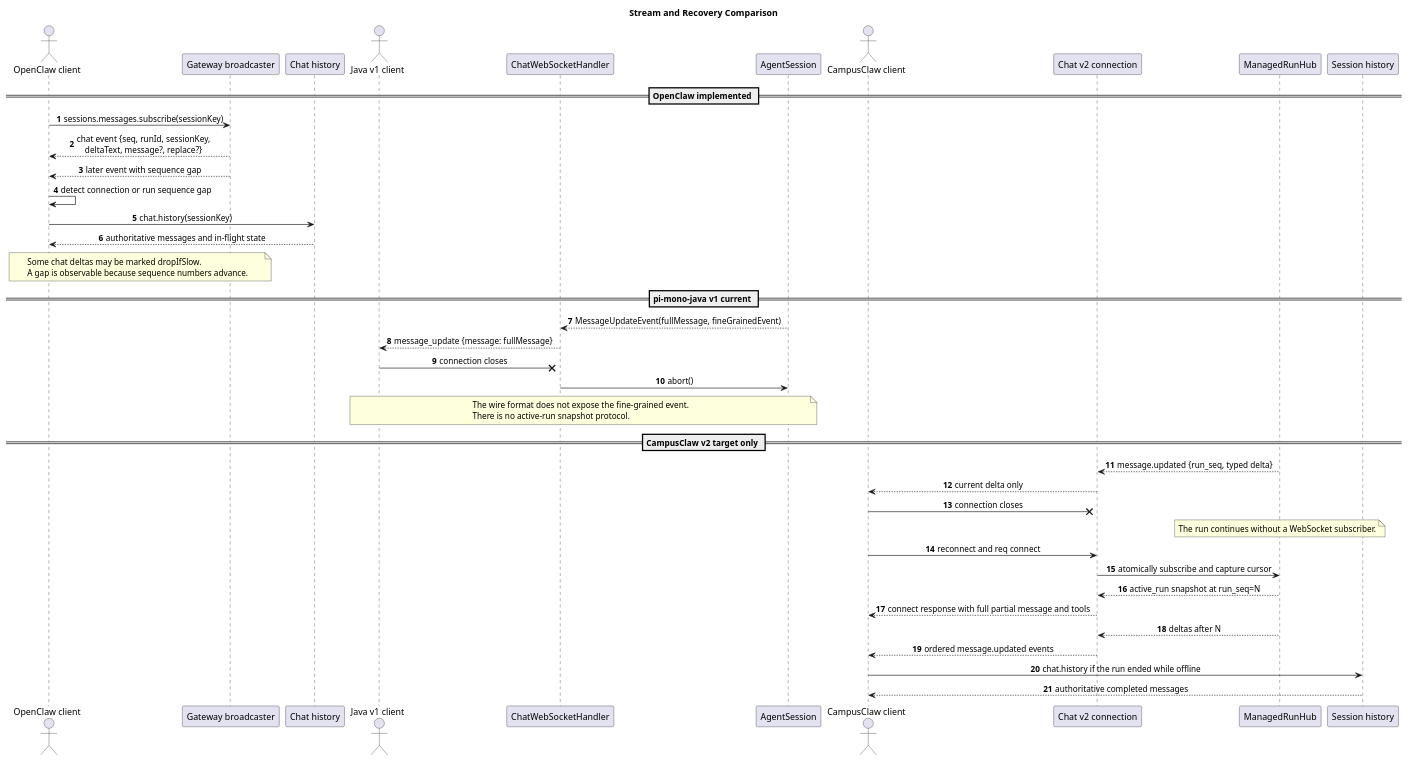
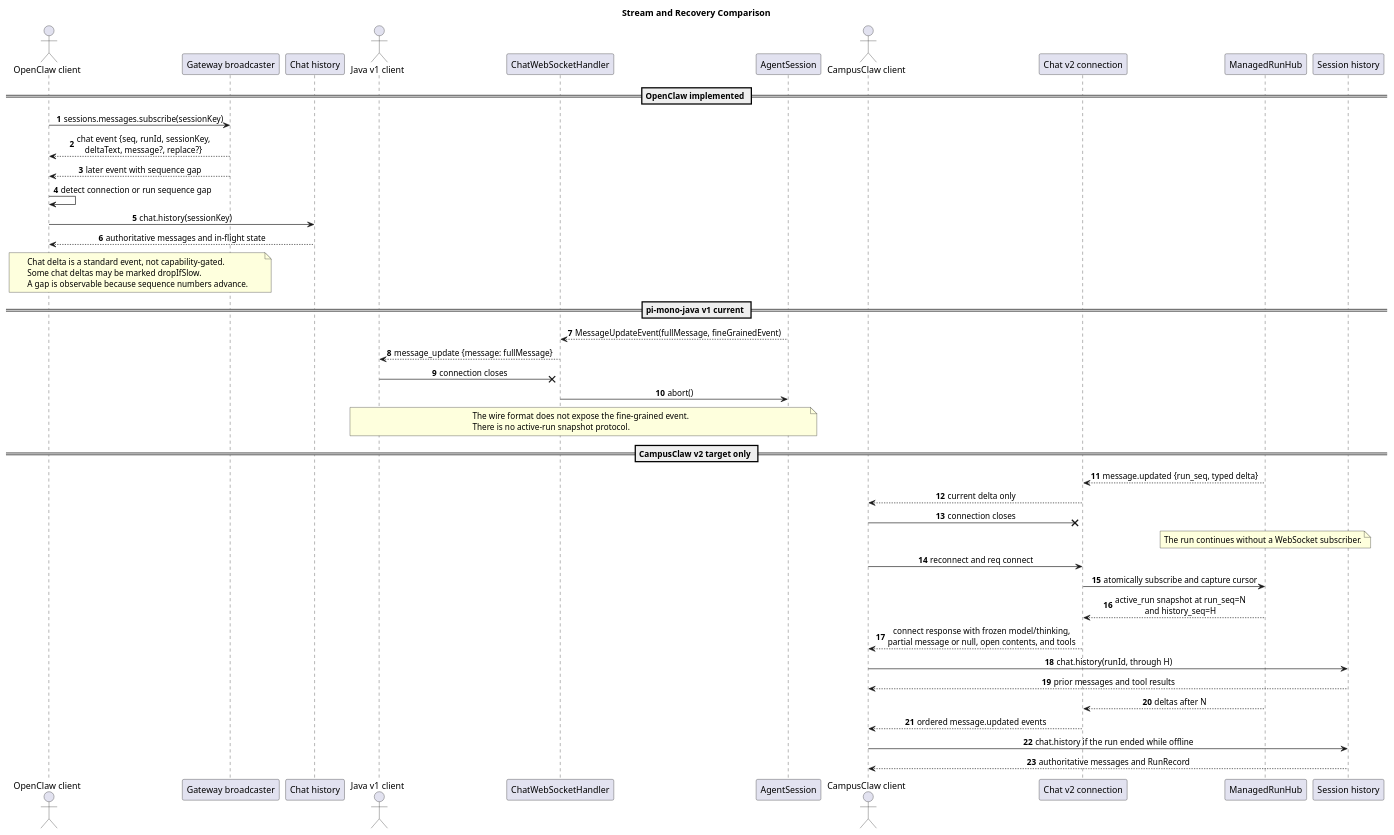
One commit to superheromeZzh/pi-mono-java-design changed the third of 4 diagrams in openclaw-campusclaw-websocket-comparison/diagram.puml. Above: the diagram before and after it, drawn with PlantUML. The commit also changed other lines of this file and 14 other files, not shown here.

```diff
--- a/openclaw-campusclaw-websocket-comparison/diagram.puml
+++ b/openclaw-campusclaw-websocket-comparison/diagram.puml
@@ -169,72 +174,75 @@
 @startuml websocket_stream_recovery_comparison
 title Stream and Recovery Comparison
 
 ' OpenClaw baseline: b015925bc30f6a8363f290b07d5f8588e21422b8, Gateway Protocol v4
 ' Source: src/gateway/server-chat.ts (resolveBroadcastDelta, emitChatDelta)
 ' Source: src/gateway/server-broadcast.ts (createGatewayBroadcaster, per-client seq, slow consumers)
 ' Source: docs/gateway/protocol.md (sessions.messages.subscribe)
 ' Source: docs/gateway/clients.md (re-subscribe, chat.history, inFlightRun)
 ' pi-mono-java baseline: 1f7a5423219edfa4519d8719f1cc8a188ed72873
 ' Source: modules/coding-agent-cli/src/main/java/com/campusclaw/codingagent/mode/server/ChatWebSocketHandler.java (mapEventToJson, close handling)
 ' Target source: pi-mono-java-manager-driven-multi-agent-runtime/README.md (ManagedRunHub)
 ' Target source: pi-mono-java-manager-driven-multi-agent-runtime/chat-ws-v2.asyncapi.yaml
 ' Observed behavior: OpenClaw clients recover from sequence gaps by reconnecting and reloading authoritative state.
 ' Current Java behavior: message_update sends the accumulated message and disconnect aborts streaming.
-' Target design: ManagedRunHub owns the run and atomically returns a snapshot plus a post-cursor stream.
+' Target design: Pool retains the active-run reference; AgentSession executes; Hub maintains recovery state.
 ' Design reason: network connection lifetime must not define model run lifetime.
 
 skinparam backgroundColor #FFFFFF
 skinparam shadowing false
 skinparam sequenceMessageAlign center
 skinparam defaultFontName Arial
 autonumber
 
 actor "OpenClaw client" as OC
 participant "Gateway broadcaster" as OGB
 participant "Chat history" as OCH
 actor "Java v1 client" as JVC
 participant "ChatWebSocketHandler" as JWH
 participant "AgentSession" as JAS
 actor "CampusClaw client" as CCC
 participant "Chat v2 connection" as CCW
 participant "ManagedRunHub" as MRH
 participant "Session history" as CCH
 
 == OpenClaw implemented ==
 OC -> OGB : sessions.messages.subscribe(sessionKey)
 OGB --> OC : chat event {seq, runId, sessionKey,\ndeltaText, message?, replace?}
 OGB --> OC : later event with sequence gap
 OC -> OC : detect connection or run sequence gap
 OC -> OCH : chat.history(sessionKey)
 OCH --> OC : authoritative messages and in-flight state
 note over OC,OGB
+Chat delta is a standard event, not capability-gated.
 Some chat deltas may be marked dropIfSlow.
 A gap is observable because sequence numbers advance.
 end note
 
 == pi-mono-java v1 current ==
 JAS --> JWH : MessageUpdateEvent(fullMessage, fineGrainedEvent)
 JWH --> JVC : message_update {message: fullMessage}
 JVC -x JWH : connection closes
 JWH -> JAS : abort()
 note over JVC,JAS
 The wire format does not expose the fine-grained event.
 There is no active-run snapshot protocol.
 end note
 
 == CampusClaw v2 target only ==
 MRH --> CCW : message.updated {run_seq, typed delta}
 CCW --> CCC : current delta only
 CCC -x CCW : connection closes
 note over MRH
 The run continues without a WebSocket subscriber.
 end note
 CCC -> CCW : reconnect and req connect
 CCW -> MRH : atomically subscribe and capture cursor
-MRH --> CCW : active_run snapshot at run_seq=N
-CCW --> CCC : connect response with full partial message and tools
+MRH --> CCW : active_run snapshot at run_seq=N\nand history_seq=H
+CCW --> CCC : connect response with frozen model/thinking,\npartial message or null, open contents, and tools
+CCC -> CCH : chat.history(runId, through H)
+CCH --> CCC : prior messages and tool results
 MRH --> CCW : deltas after N
 CCW --> CCC : ordered message.updated events
 CCC -> CCH : chat.history if the run ended while offline
-CCH --> CCC : authoritative completed messages
+CCH --> CCC : authoritative messages and RunRecord
 @enduml
```
